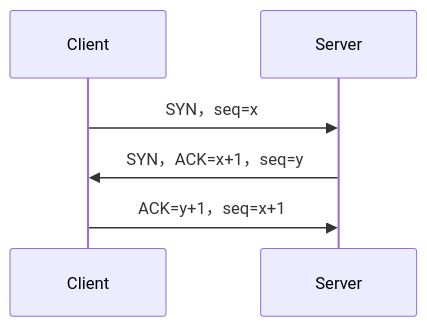
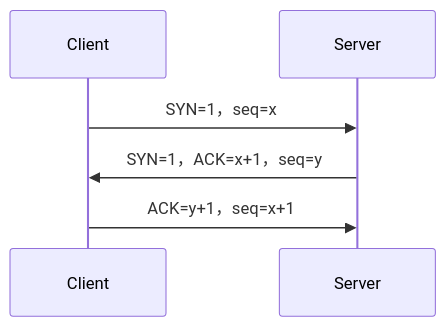
One commit to wohtnaw/wohtnawmarkdown changed the diagram in markdown/markdown/网络/TCP_IP协议.md. Above: the diagram before and after it, drawn with Mermaid. The commit also changed other lines of this file and 4 other files, not shown here.

````diff
--- a/markdown/markdown/网络/TCP_IP协议.md
+++ b/markdown/markdown/网络/TCP_IP协议.md
@@ -47,6 +47,6 @@
 ```mermaid
 sequenceDiagram
-Client ->> Server: SYN，seq=x
-Server ->> Client: SYN，ACK=x+1，seq=y
+Client ->> Server: SYN=1，seq=x
+Server ->> Client: SYN=1，ACK=x+1，seq=y
 Client ->> Server: ACK=y+1，seq=x+1
 ```
````
